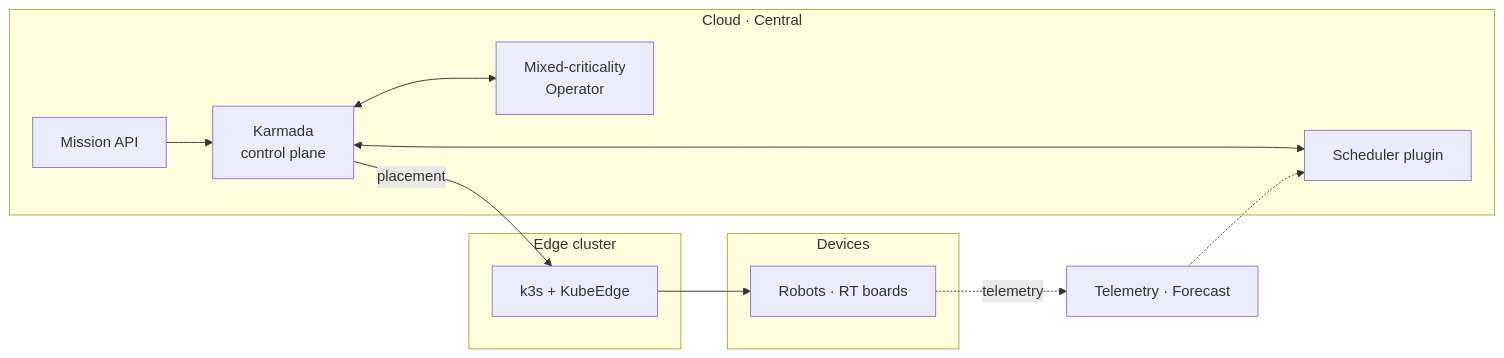
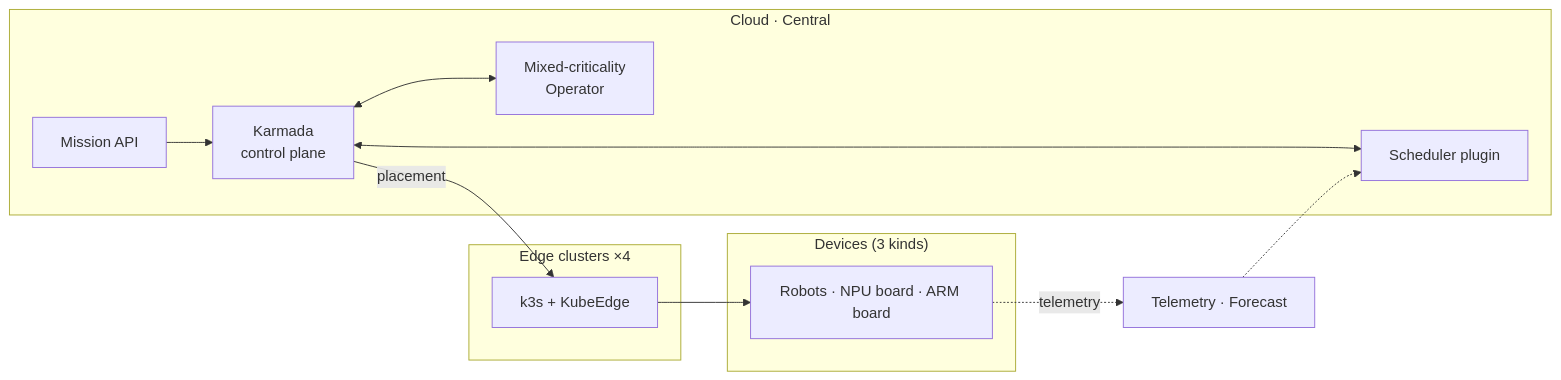
The diagram in README.md (hghg1104/hghg1104), drawn with Mermaid before and after one commit. The commit also changed other lines of this file, not shown here.

````diff
--- a/README.md
+++ b/README.md
@@ -74,16 +90,16 @@
 ```mermaid
 flowchart LR
   subgraph C["Cloud · Central"]
     API["Mission API"] --> KM["Karmada<br/>control plane"]
     KM <--> SCH["Scheduler plugin"]
     KM <--> OP["Mixed-criticality<br/>Operator"]
   end
-  subgraph E["Edge cluster"]
+  subgraph E["Edge clusters ×4"]
     K3S["k3s + KubeEdge"]
   end
-  subgraph D["Devices"]
-    RB["Robots · RT boards"]
+  subgraph D["Devices (3 kinds)"]
+    RB["Robots · NPU board · ARM board"]
   end
   KM -- "placement" --> K3S --> RB
   RB -. "telemetry" .-> TM["Telemetry · Forecast"] -.-> SCH
 ```
````
